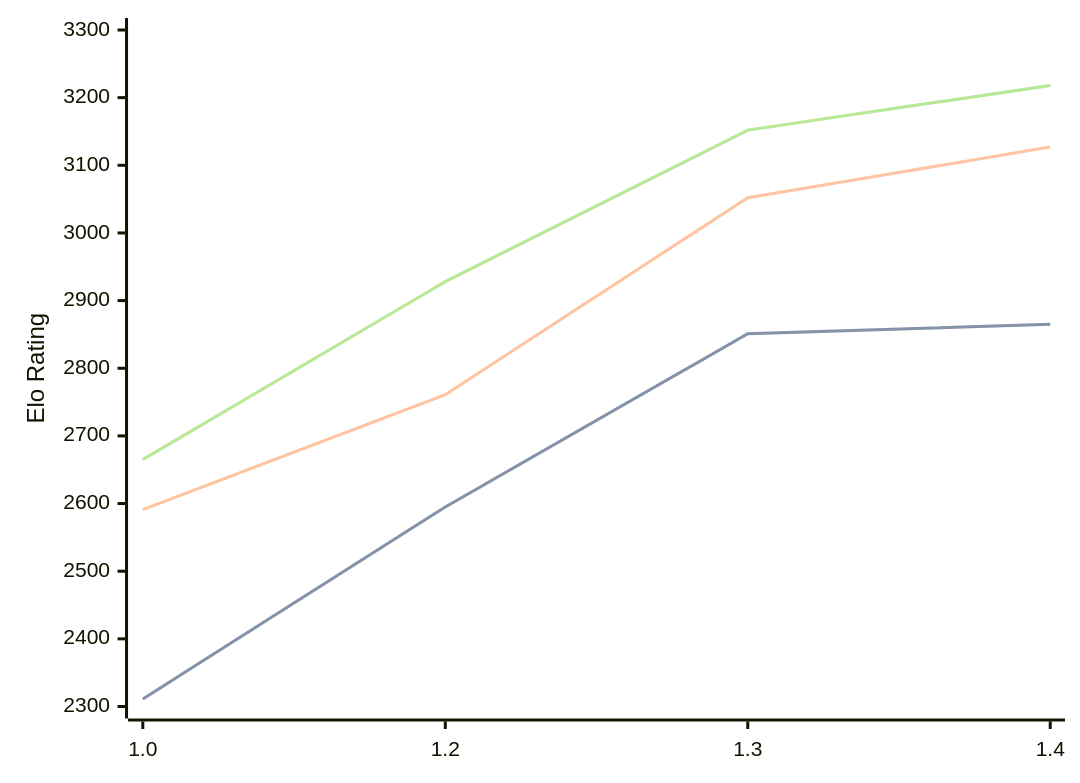
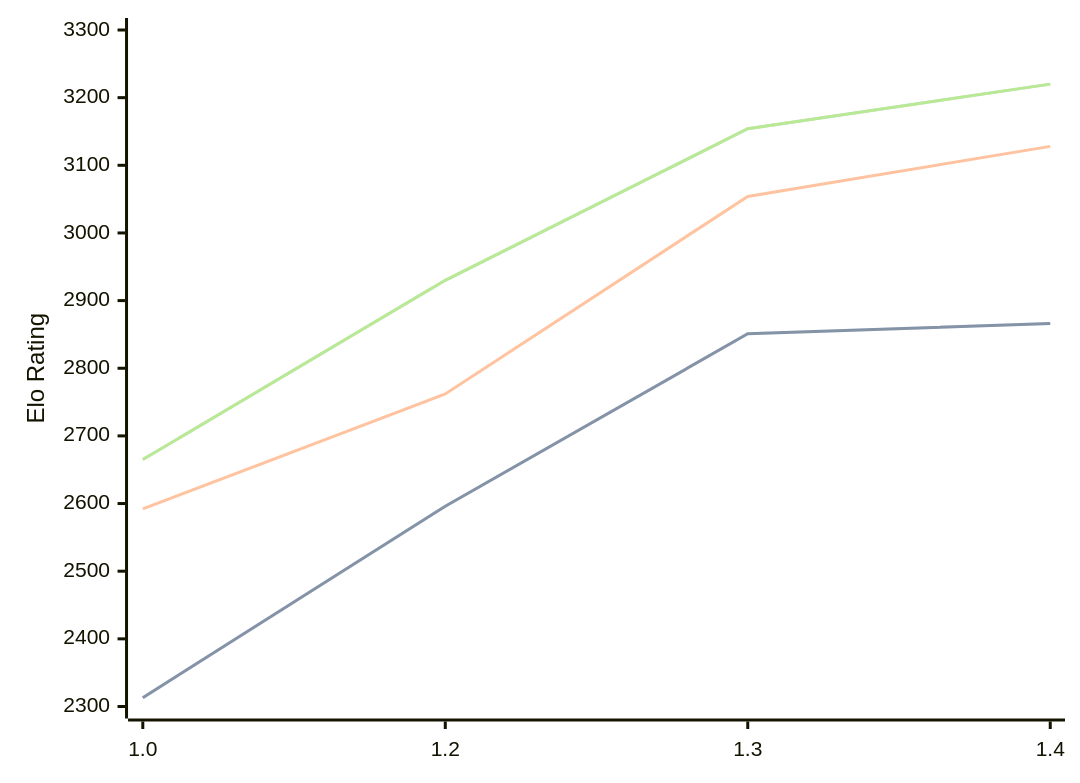
One commit to computer-chess-index/cci changed the diagram in engines/Chessnix.md. Above: the diagram before and after it, drawn with Mermaid. The commit also changed other lines of this file, not shown here.

Commit message:
Update CCI Ratings (ELO VLTC) - 2026-08-15

````diff
--- a/engines/Chessnix.md
+++ b/engines/Chessnix.md
@@ -34,11 +34,11 @@
 ```mermaid
 %%{init: {"theme":"base","themeVariables":{"seriesColors:['#a3a3a3','#222221','#faa371']}}}%%
 xychart-beta
   x-axis ["1.0", "1.2", "1.3", "1.4"]
   y-axis "Elo Rating" 2300 --> 3300
-  line "STC (8.0+0.08s)" [2311, 2595, 2851, 2865]
-  line "STC (8.0+0.08s)" [2311, 2595, 2851, 2865]
-  line "LTC (60.0+0.60s)" [2591, 2761, 3052, 3127]
-  line "VLTC (2m24s+1.12s)" [2665, 2928, 3152, 3218]
-  line "VLTC (2m24s+1.12s)" [2665, 2928, 3152, 3218]
+  line "STC (8.0+0.08s)" [2313, 2596, 2851, 2866]
+  line "STC (8.0+0.08s)" [2313, 2596, 2851, 2866]
+  line "LTC (60.0+0.60s)" [2592, 2762, 3054, 3128]
+  line "VLTC (2m24s+1.12s)" [2665, 2930, 3154, 3220]
+  line "VLTC (2m24s+1.12s)" [2665, 2930, 3154, 3220]
 ```
````
